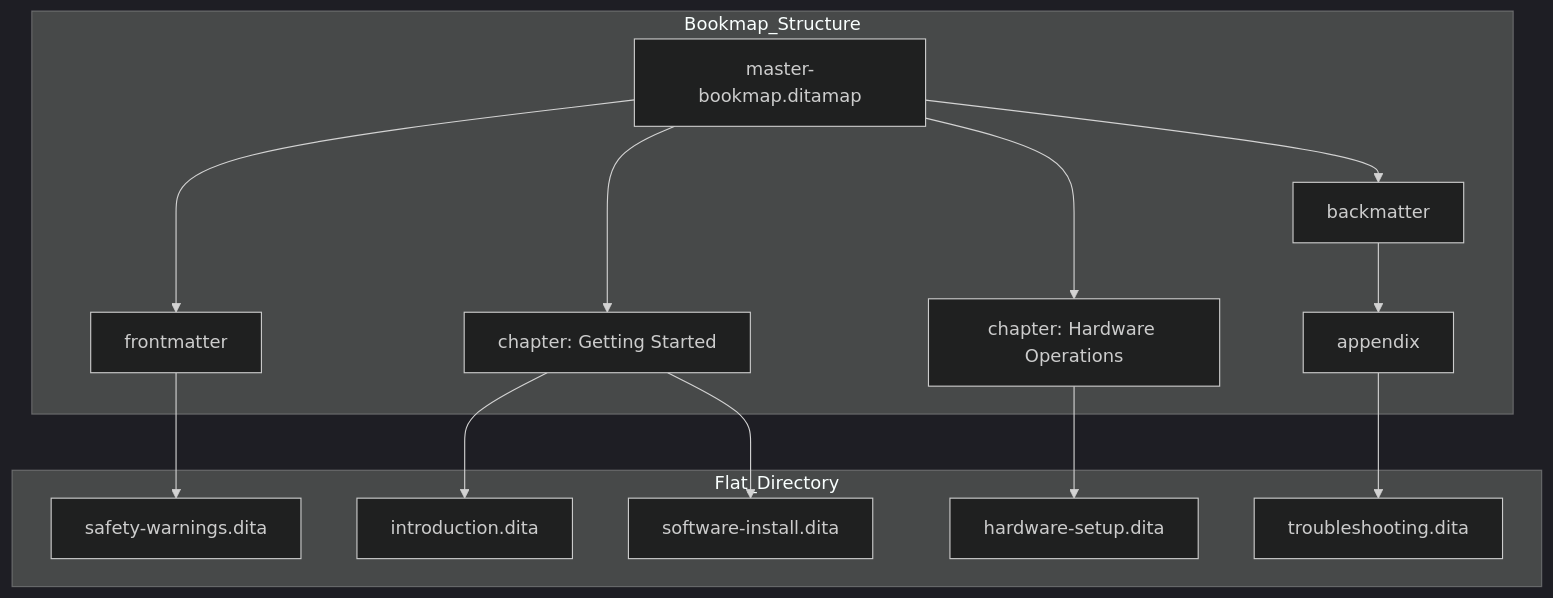
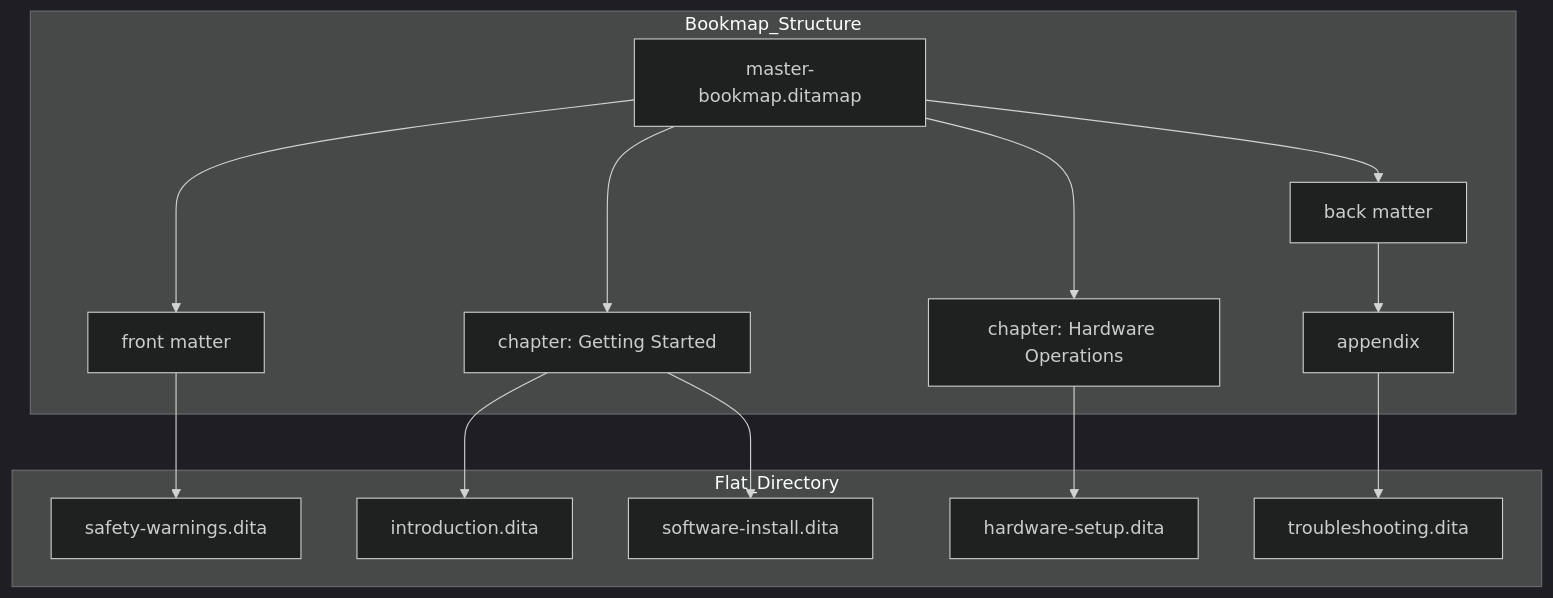
One commit to vaishvanara/techwritingkb changed the diagram in docs/industry-terms/bookmap.md. Above: the diagram before and after it, drawn with Mermaid (dark theme). The commit also changed other lines of this file and 51 other files, not shown here.

````diff
--- a/docs/industry-terms/bookmap.md
+++ b/docs/industry-terms/bookmap.md
@@ -46,24 +46,24 @@
 ```mermaid
 graph TD
     subgraph Flat_Directory
         f1[introduction.dita]
         f2[hardware-setup.dita]
         f3[safety-warnings.dita]
         f4[software-install.dita]
         f5[troubleshooting.dita]
     end
 
     subgraph Bookmap_Structure
-        BM[master-bookmap.ditamap] --> Front[frontmatter]
+        BM[master-bookmap.ditamap] --> Front[front matter]
         BM --> Ch1[chapter: Getting Started]
         BM --> Ch2[chapter: Hardware Operations]
-        BM --> Back[backmatter]
+        BM --> Back[back matter]
         
         Front --> f3
         Ch1 --> f1
         Ch1 --> f4
         Ch2 --> f2
         Back --> App[appendix]
         App --> f5
     end
 ```
````
